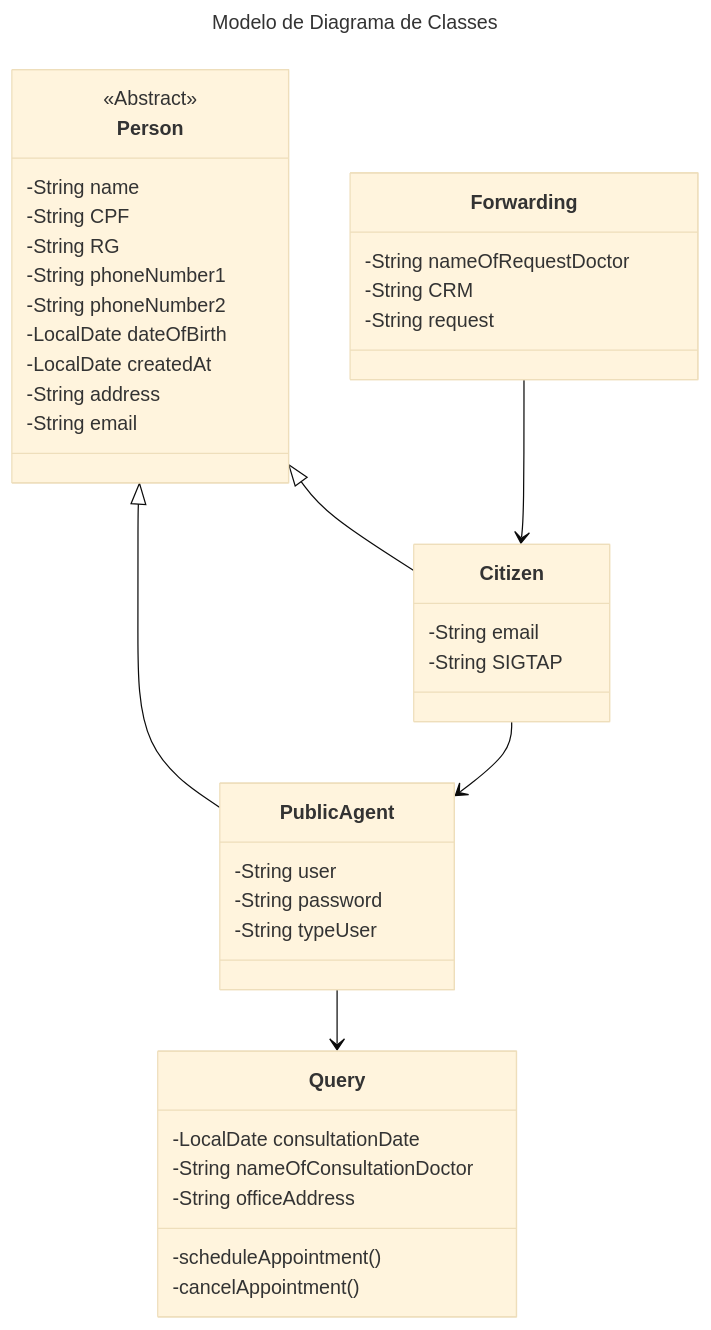
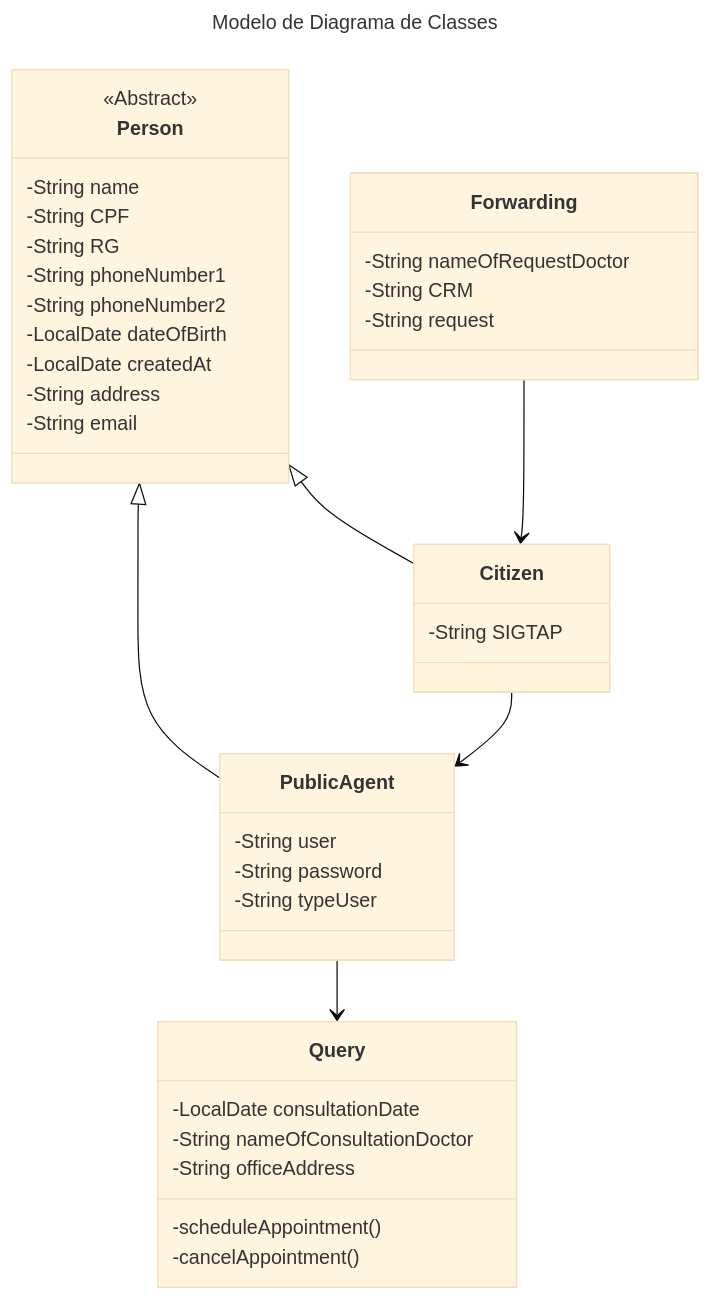
One commit to FelipeMareira/oxe_marquei_lp2 changed the first of 2 diagrams in README.md. Above: the diagram before and after it, drawn with Mermaid (base theme). The commit also changed 6 other files, not shown here.

````diff
--- a/README.md
+++ b/README.md
@@ -88,50 +88,49 @@
 ```mermaid
 ---
     title: Modelo de Diagrama de Classes
 ---
 classDiagram
     class Person {
         <<Abstract>> 
         -String name
         -String CPF
         -String RG
         -String phoneNumber1
         -String phoneNumber2
         -LocalDate dateOfBirth
         -LocalDate createdAt
         -String address
         -String email
 
     }
 
     Person <|-- PublicAgent
     Citizen --> PublicAgent
     class PublicAgent {
         -String user
         -String password
         -String typeUser
     }
 
     Person <|-- Citizen
     class Citizen {
-        -String email
         -String SIGTAP
     }
     
     Forwarding --> Citizen
     class Forwarding {
         -String nameOfRequestDoctor
         -String CRM
         -String request
     }
 
     PublicAgent --> Query
     class Query {
         -LocalDate consultationDate
         -String nameOfConsultationDoctor
         -String officeAddress
         
         -scheduleAppointment()
         -cancelAppointment()  
     }
 ```
````
